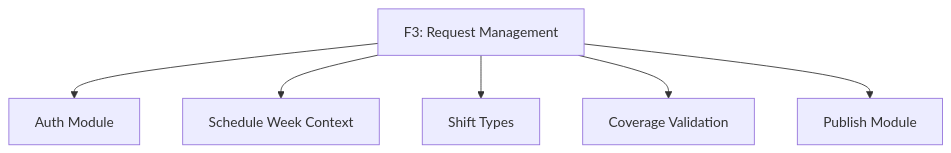
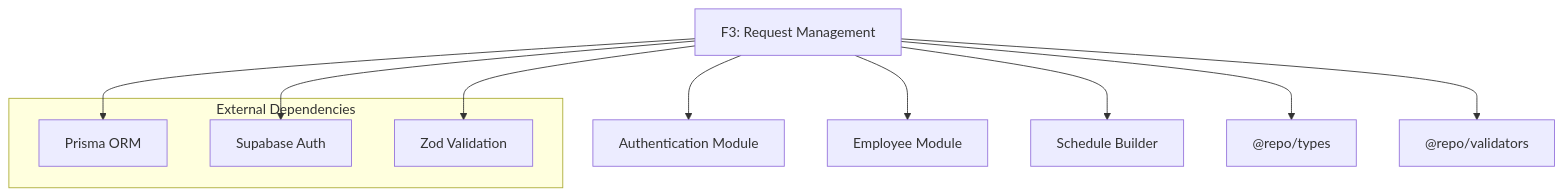
One commit to epo33m/scheduling changed diagram 12 of 12 in .qoder/repowiki/en/content/Product Requirements Document/Functional Specifications/Request Management Module (F3).md. Above: the diagram before and after it, drawn with Mermaid. The commit also changed other lines of this file and 1 other file, not shown here.

````diff
--- a/.qoder/repowiki/en/content/Product Requirements Document/Functional Specifications/Request Management Module (F3).md
+++ b/.qoder/repowiki/en/content/Product Requirements Document/Functional Specifications/Request Management Module (F3).md
@@ -371,14 +605,22 @@
 ```mermaid
 graph TB
 F3["F3: Request Management"]
-Auth["Auth Module"]
-Week["Schedule Week Context"]
-ShiftTypes["Shift Types"]
-Coverage["Coverage Validation"]
-Publish["Publish Module"]
+Auth["Authentication Module"]
+Employee["Employee Module"]
+Scheduler["Schedule Builder"]
+Types["@repo/types"]
+Validators["@repo/validators"]
 F3 --> Auth
-F3 --> Week
-F3 --> ShiftTypes
-F3 --> Coverage
-F3 --> Publish
+F3 --> Employee
+F3 --> Scheduler
+F3 --> Types
+F3 --> Validators
+subgraph "External Dependencies"
+Prisma["Prisma ORM"]
+Supabase["Supabase Auth"]
+Zod["Zod Validation"]
+end
+F3 --> Prisma
+F3 --> Supabase
+F3 --> Zod
 ```
````
